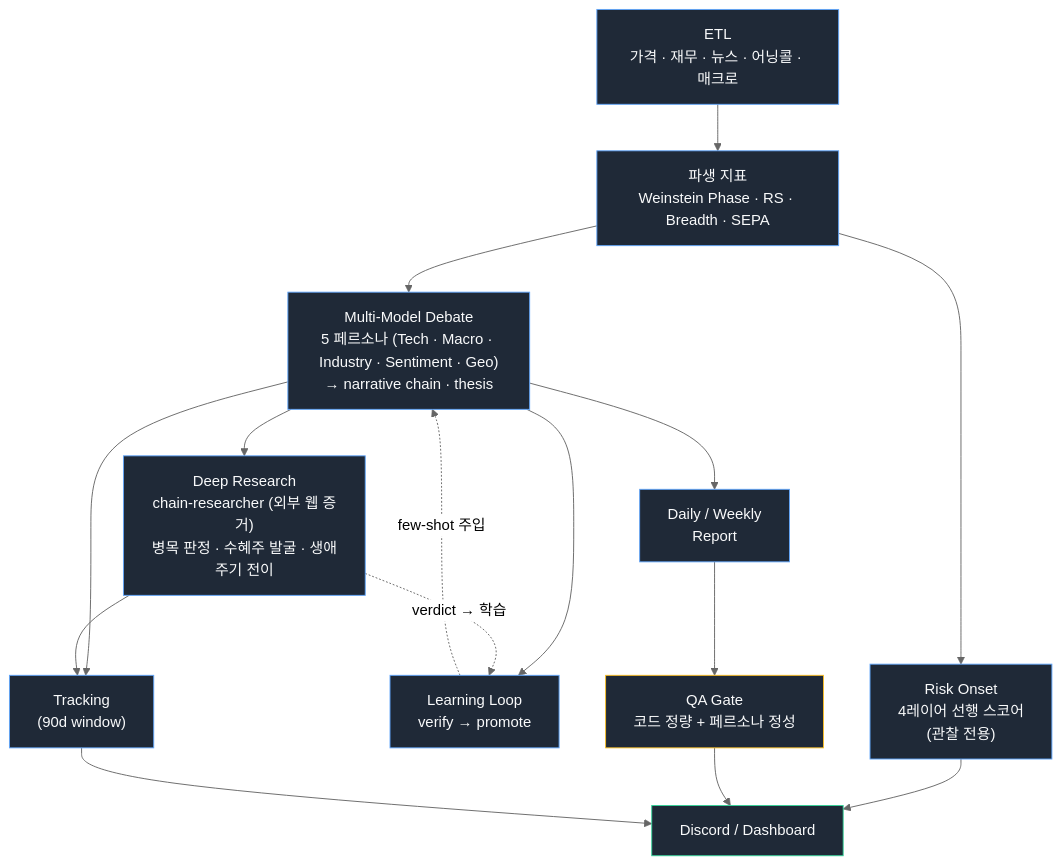
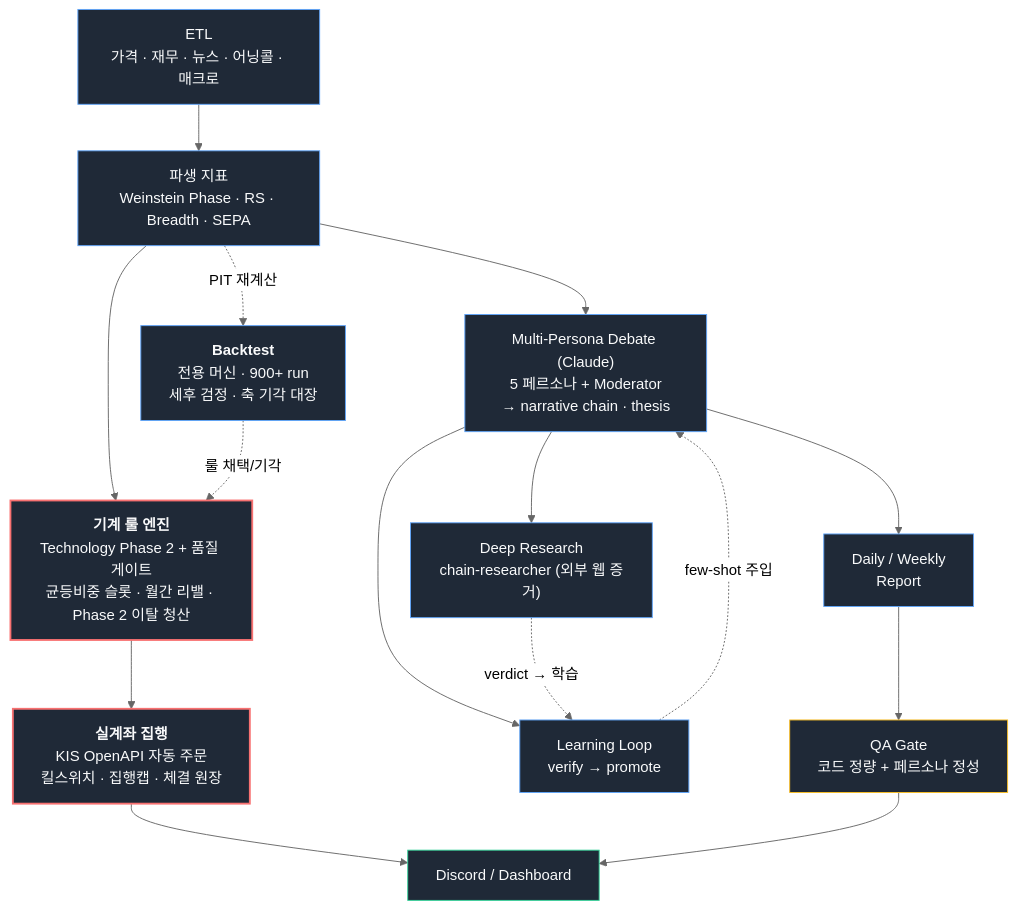
The diagram in README.md (sossost/market-analyst-showcase), drawn with Mermaid (neutral theme) before and after one commit. The commit also changed other lines of this file and 6 other files, not shown here.

First line of the commit message:
docs: 메인 레포 동기화 — 실계좌 집행 개시 · 벤치마크 QQQ · 토론 Claude 단일화

````diff
--- a/README.md
+++ b/README.md
@@ -32,35 +36,38 @@
 ```mermaid
 flowchart TB
     ETL["ETL<br/>가격 · 재무 · 뉴스 · 어닝콜 · 매크로"]
     DERIVED["파생 지표<br/>Weinstein Phase · RS · Breadth · SEPA"]
-    DEBATE["Multi-Model Debate<br/>5 페르소나 (Tech · Macro · Industry · Sentiment · Geo)<br/>→ narrative chain · thesis"]
-    RESEARCH["Deep Research<br/>chain-researcher (외부 웹 증거)<br/>병목 판정 · 수혜주 발굴 · 생애주기 전이"]
+    RULE["<b>기계 룰 엔진</b><br/>Technology Phase 2 + 품질 게이트<br/>균등비중 슬롯 · 월간 리밸 · Phase 2 이탈 청산"]
+    EXEC["<b>실계좌 집행</b><br/>KIS OpenAPI 자동 주문<br/>킬스위치 · 집행캡 · 체결 원장"]
+    DEBATE["Multi-Persona Debate (Claude)<br/>5 페르소나 + Moderator<br/>→ narrative chain · thesis"]
+    RESEARCH["Deep Research<br/>chain-researcher (외부 웹 증거)"]
     REPORT["Daily / Weekly<br/>Report"]
-    TRACK["Tracking<br/>(90d window)"]
     LEARN["Learning Loop<br/>verify → promote"]
-    RISK["Risk Onset<br/>4레이어 선행 스코어<br/>(관찰 전용)"]
+    BT["<b>Backtest</b><br/>전용 머신 · 900+ run<br/>세후 검정 · 축 기각 대장"]
     QA["QA Gate<br/>코드 정량 + 페르소나 정성"]
     OUT["Discord / Dashboard"]
 
     ETL --> DERIVED
+    DERIVED --> RULE
+    RULE --> EXEC
     DERIVED --> DEBATE
-    DERIVED --> RISK
-    RISK --> OUT
     DEBATE --> RESEARCH
     DEBATE --> REPORT
-    DEBATE --> TRACK
     DEBATE --> LEARN
-    RESEARCH --> TRACK
     RESEARCH -. verdict → 학습 .-> LEARN
     LEARN -. few-shot 주입 .-> DEBATE
+    BT -. 룰 채택/기각 .-> RULE
+    DERIVED -. PIT 재계산 .-> BT
+    EXEC --> OUT
     REPORT --> QA
     QA --> OUT
-    TRACK --> OUT
 
     classDef stage fill:#1f2937,stroke:#60a5fa,color:#f9fafb,stroke-width:1px
+    classDef money fill:#1f2937,stroke:#f87171,color:#f9fafb,stroke-width:2px
     classDef gate fill:#1f2937,stroke:#fbbf24,color:#f9fafb,stroke-width:1px
     classDef out fill:#1f2937,stroke:#34d399,color:#f9fafb,stroke-width:1px
-    class ETL,DERIVED,DEBATE,RESEARCH,REPORT,TRACK,LEARN,RISK stage
+    class ETL,DERIVED,DEBATE,RESEARCH,REPORT,LEARN,BT stage
+    class RULE,EXEC money
     class QA gate
     class OUT out
 ```
````
